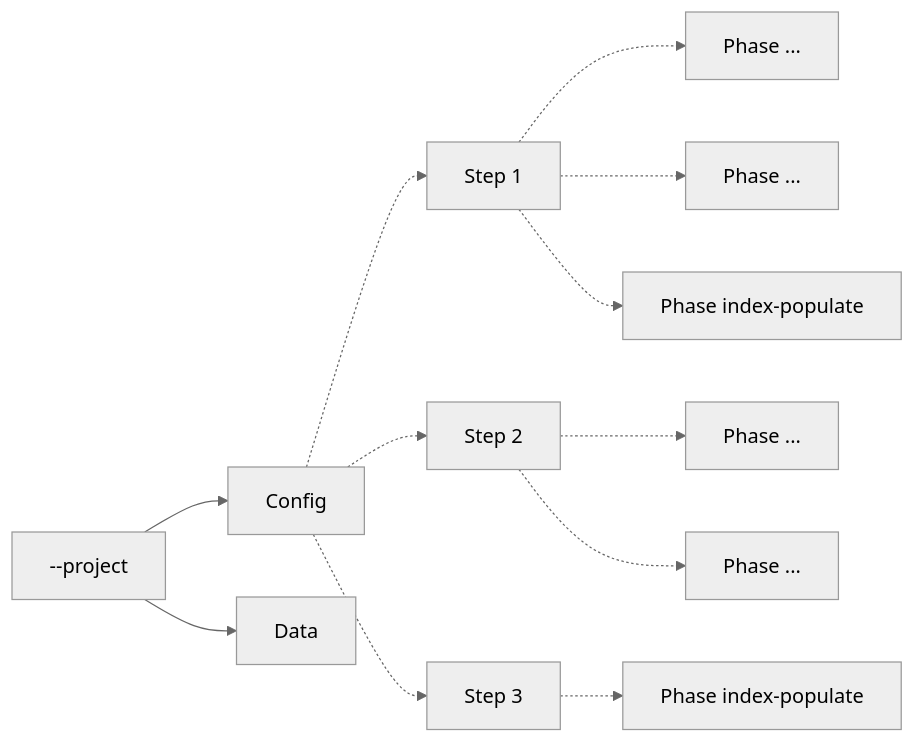
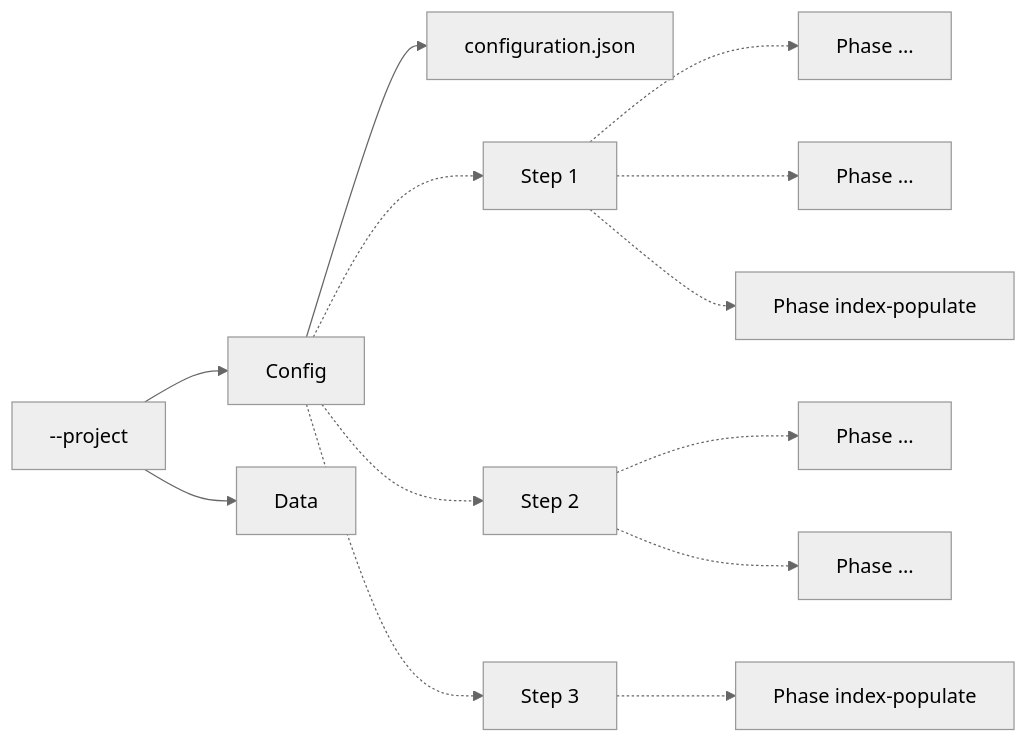
The first of 2 diagrams in README.md (freemansoft/entitopia), drawn with Mermaid (neutral theme) before and after one commit. The commit also changed other lines of this file, not shown here.

Commit message:
add configuration.json to diagrams

````diff
--- a/README.md
+++ b/README.md
@@ -29,19 +29,19 @@
 ```mermaid
 flowchart LR
     Target["--project"]
-    Target-->Config
+    Target-->Config --> ConfigFile[configuration.json]
     Target-->Data
 
     Config-.->Step1[Step 1]
     Config-.->Step2[Step 2]
     Config-.->Step3[Step 3]
 
     Step1-.->Phase11[Phase ...]
     Step1-.->Phase12[Phase ...]
     Step1-.->Phase13[Phase index-populate]
 
     Step2-.->Phase21[Phase ...]
     Step2-.->Phase22[Phase ...]
 
     Step3-.->Phase31[Phase index-populate]
 ```
````
